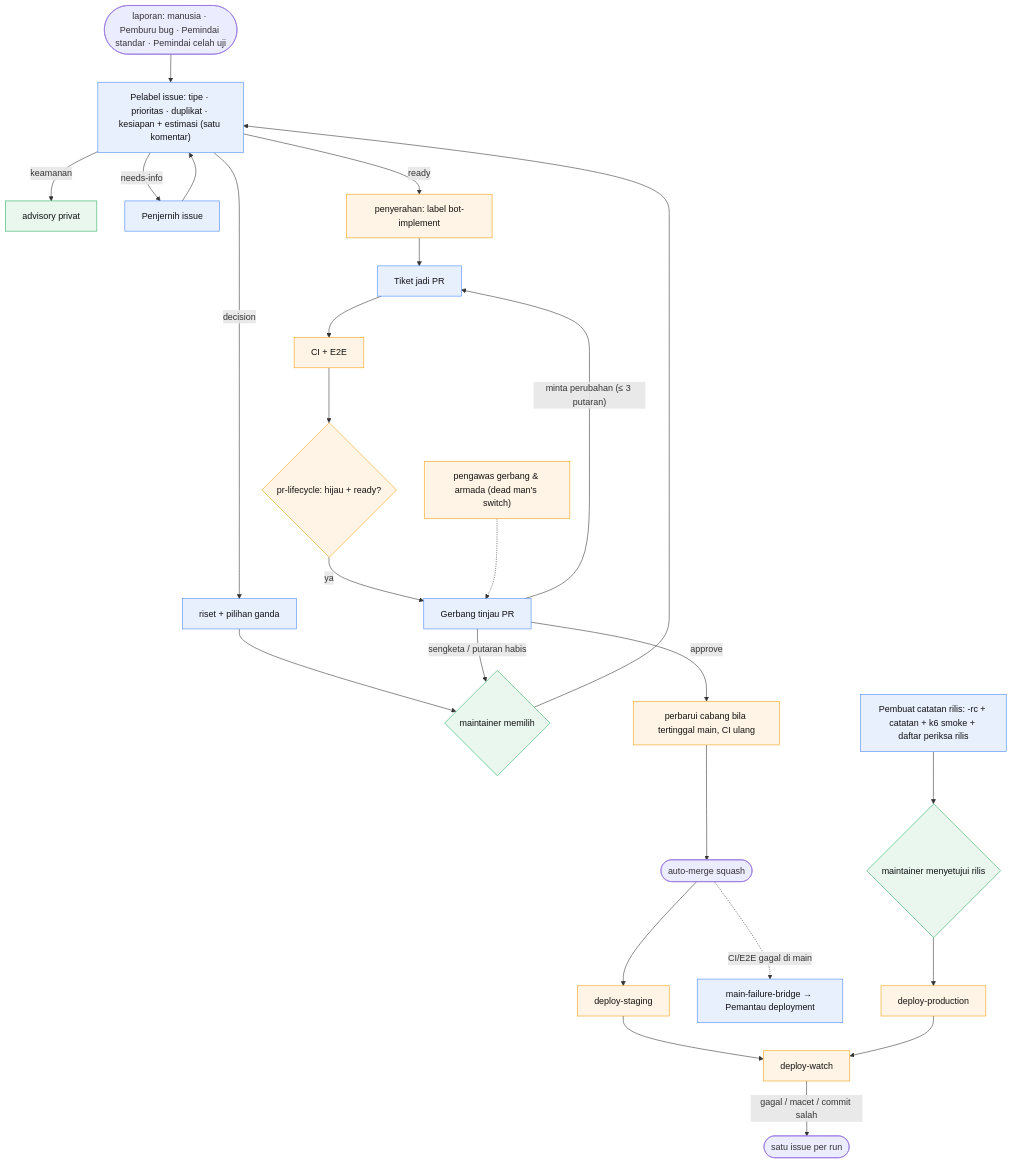
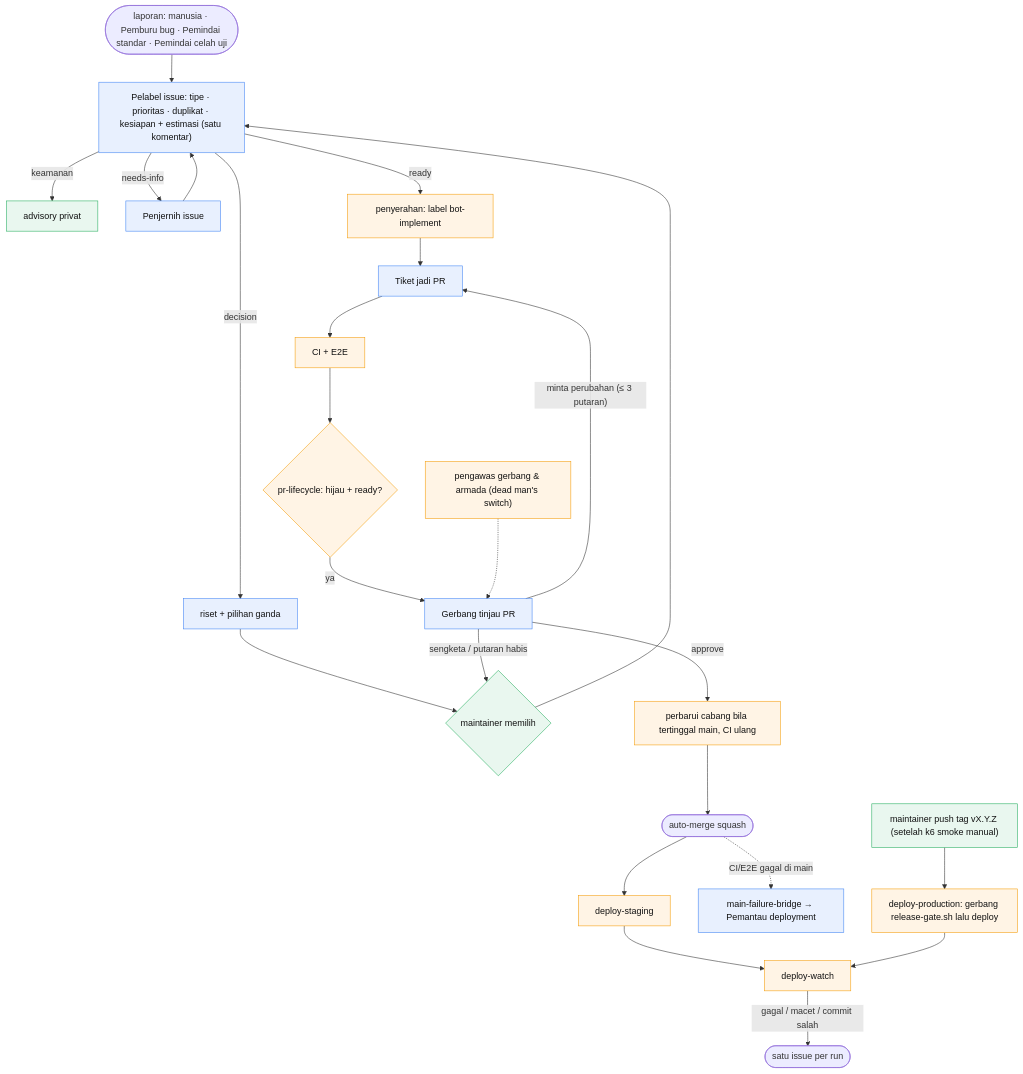
One commit to cipansor/cipansor changed the first of 6 diagrams in docs/SDLC-FLOW.md. Above: the diagram before and after it, drawn with Mermaid. The commit also changed other lines of this file and 12 other files, not shown here.

First line of the commit message:
feat(rilis): rilis lewat tag vX.Y.Z; pensiunkan SDLC 13

````diff
--- a/docs/SDLC-FLOW.md
+++ b/docs/SDLC-FLOW.md
@@ -179,23 +181,22 @@
 ```mermaid
 flowchart TD
   classDef cloud fill:#e8f0fe,stroke:#4285f4,color:#111;
   classDef gh fill:#fff4e5,stroke:#f59e0b,color:#111;
   classDef human fill:#e9f7ef,stroke:#27ae60,color:#111;
 
   IN(["laporan: manusia · Pemburu bug · Pemindai standar · Pemindai celah uji"]) --> TR["Pelabel issue: tipe · prioritas · duplikat · kesiapan + estimasi (satu komentar)"]:::cloud
   TR -- keamanan --> ADV["advisory privat"]:::human
   TR -- needs-info --> CL["Penjernih issue"]:::cloud --> TR
   TR -- decision --> DEC["riset + pilihan ganda"]:::cloud --> MD{"maintainer memilih"}:::human --> TR
   TR -- ready --> HO["penyerahan: label bot-implement"]:::gh --> IMP["Tiket jadi PR"]:::cloud
   IMP --> CI["CI + E2E"]:::gh --> LC{"pr-lifecycle: hijau + ready?"}:::gh
   LC -- ya --> GT["Gerbang tinjau PR"]:::cloud
   GT -- "minta perubahan (≤ 3 putaran)" --> IMP
   GT -- "sengketa / putaran habis" --> MD
   GT -- approve --> UPD["perbarui cabang bila tertinggal main, CI ulang"]:::gh --> MG(["auto-merge squash"])
   MG --> STG["deploy-staging"]:::gh --> DW["deploy-watch"]:::gh
   MG -. "CI/E2E gagal di main" .-> BR["main-failure-bridge → Pemantau deployment"]:::cloud
-  REL["Pembuat catatan rilis: -rc + catatan + k6 smoke + daftar periksa rilis"]:::cloud --> APR{"maintainer menyetujui rilis"}:::human
-  APR --> PRD["deploy-production"]:::gh --> DW
+  REL["maintainer push tag vX.Y.Z (setelah k6 smoke manual)"]:::human --> PRD["deploy-production: gerbang release-gate.sh lalu deploy"]:::gh --> DW
   DW -- "gagal / macet / commit salah" --> ISS(["satu issue per run"])
   WD["pengawas gerbang & armada (dead man's switch)"]:::gh -.-> GT
 ```
````
